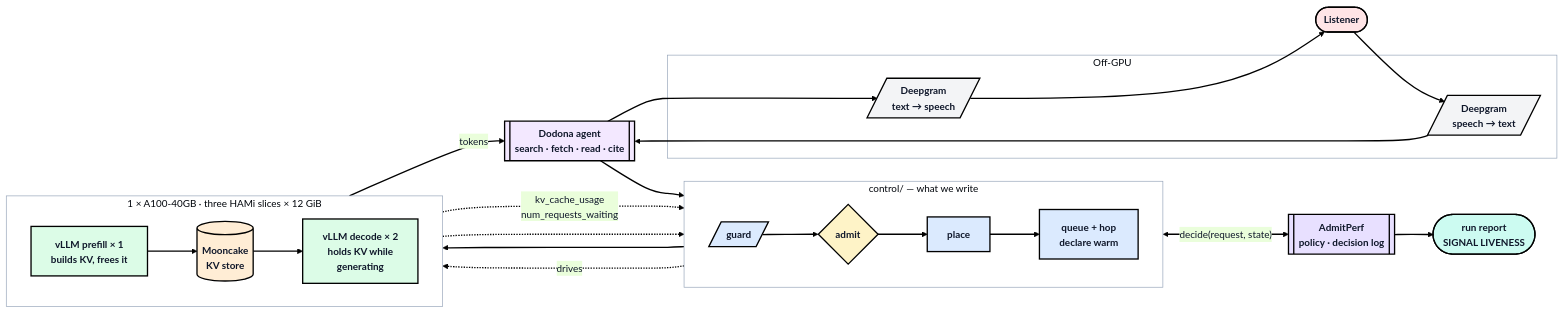
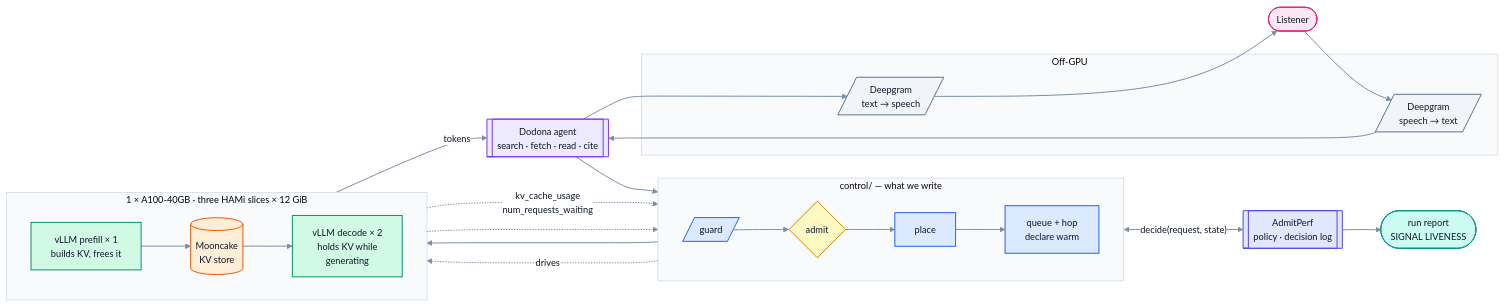
One commit to harshuljain13/Dodona changed the diagram in README.md. Above: the diagram before and after it, drawn with Mermaid. The commit also changed other lines of this file and 15 other files, not shown here.

````diff
--- a/README.md
+++ b/README.md
@@ -57,73 +60,77 @@
 ```mermaid
-%%{init: {
-  'theme': 'base',
-  'themeVariables': {
-    'primaryColor': '#dbeafe', 'primaryTextColor': '#0f172a', 'primaryBorderColor': '#000000',
-    'lineColor': '#000000', 'textColor': '#1e293b', 'fontSize': '15px',
-    'fontFamily': 'Inter, Segoe UI, Helvetica Neue, Arial, sans-serif',
-    'clusterBkg': '#ffffff', 'clusterBorder': '#94a3b8'
-  }
-}}%%
+%%{init: {'theme':'base','themeVariables':{
+  'fontFamily':'ui-sans-serif, -apple-system, Segoe UI, Inter, Helvetica, Arial, sans-serif','fontSize':'14px',
+  'primaryColor':'#eff6ff','primaryTextColor':'#0f172a','primaryBorderColor':'#94a3b8',
+  'secondaryColor':'#f1f5f9','tertiaryColor':'#f8fafc',
+  'lineColor':'#7c8da6','textColor':'#1e293b',
+  'clusterBkg':'#f8fafc','clusterBorder':'#cbd5e1',
+  'edgeLabelBackground':'#ffffff','nodeBorder':'#94a3b8'
+}}}%%
 flowchart LR
     USER(["Listener"])
 
     subgraph OFFGPU["Off-GPU"]
         STT[/"Deepgram<br/>speech → text"/]
         TTS[/"Deepgram<br/>text → speech"/]
     end
 
     AS[["Dodona agent<br/>search · fetch · read · cite"]]
 
     subgraph CTRL["control/ — what we write"]
         direction LR
         G[/"guard"/]
         A{"admit"}
         P["place"]
         Q["queue + hop<br/>declare warm"]
         G --> A --> P --> Q
     end
 
     AP[["AdmitPerf<br/>policy · decision log"]]
 
     subgraph GPUBOX["1 × A100-40GB · three HAMi slices × 12 GiB"]
         direction LR
         PF["vLLM prefill × 1<br/>builds KV, frees it"]
         MC[("Mooncake<br/>KV store")]
         DC["vLLM decode × 2<br/>holds KV while<br/>generating"]
         PF --> MC --> DC
     end
 
     REP(["run report<br/>SIGNAL LIVENESS"])
 
     USER --> STT --> AS --> G
     A <-->|"decide(request, state)"| AP
     P --> PF
     Q -.->|"drives"| MC
     DC -->|"tokens"| AS
     AS --> TTS --> USER
     PF -.->|"kv_cache_usage<br/>num_requests_waiting"| A
     DC -.-> A
     AP --> REP
 
     class USER input
     class AS accent
     class STT,TTS neutral
     class G,P,Q primary
     class A decision
     class AP highlight
     class PF,DC secondary
     class MC data
     class REP success
 
-    classDef primary fill:#dbeafe,stroke:#000000,stroke-width:2px,color:#0f172a,font-weight:bold
-    classDef secondary fill:#dcfce7,stroke:#000000,stroke-width:2px,color:#0f172a,font-weight:bold
-    classDef accent fill:#f3e8ff,stroke:#000000,stroke-width:2px,color:#0f172a,font-weight:bold
-    classDef decision fill:#fef3c7,stroke:#000000,stroke-width:2px,color:#0f172a,font-weight:bold
-    classDef data fill:#ffedd5,stroke:#000000,stroke-width:2px,color:#0f172a,font-weight:bold
-    classDef neutral fill:#f3f4f6,stroke:#000000,stroke-width:2px,color:#0f172a,font-weight:bold
-    classDef success fill:#ccfbf1,stroke:#000000,stroke-width:2px,color:#0f172a,font-weight:bold
-    classDef input fill:#ffe4e6,stroke:#000000,stroke-width:2px,color:#0f172a,font-weight:bold
-    classDef highlight fill:#e8e0ff,stroke:#000000,stroke-width:2px,color:#0f172a,font-weight:bold
-
-    linkStyle default stroke:#000000,stroke-width:2px
+    classDef primary   fill:#dbeafe,stroke:#2563eb,stroke-width:1.5px,color:#0f172a
+    classDef secondary fill:#d1fae5,stroke:#059669,stroke-width:1.5px,color:#0f172a
+    classDef accent    fill:#ede9fe,stroke:#7c3aed,stroke-width:1.5px,color:#0f172a
+    classDef decision  fill:#fef9c3,stroke:#ca8a04,stroke-width:1.5px,color:#0f172a
+    classDef gate      fill:#fef9c3,stroke:#ca8a04,stroke-width:1.5px,color:#0f172a
+    classDef data      fill:#ffedd5,stroke:#ea580c,stroke-width:1.5px,color:#0f172a
+    classDef neutral   fill:#f1f5f9,stroke:#64748b,stroke-width:1.5px,color:#0f172a
+    classDef success   fill:#ccfbf1,stroke:#0d9488,stroke-width:1.5px,color:#0f172a
+    classDef out       fill:#ccfbf1,stroke:#0d9488,stroke-width:1.5px,color:#0f172a
+    classDef input     fill:#fce7f3,stroke:#db2777,stroke-width:1.5px,color:#0f172a
+    classDef highlight fill:#e0e7ff,stroke:#4f46e5,stroke-width:1.5px,color:#0f172a
+    classDef pick      fill:#d1fae5,stroke:#059669,stroke-width:1.8px,color:#064e3b
+    classDef alt       fill:#dbeafe,stroke:#2563eb,stroke-width:1.5px,color:#0f172a
+    classDef dead      fill:#fee2e2,stroke:#dc2626,stroke-width:1.5px,color:#7f1d1d
+    classDef note      fill:#ffffff,stroke:#cbd5e1,stroke-width:1px,color:#475569
+    linkStyle default stroke:#7c8da6,stroke-width:1.5px
 ```
````
